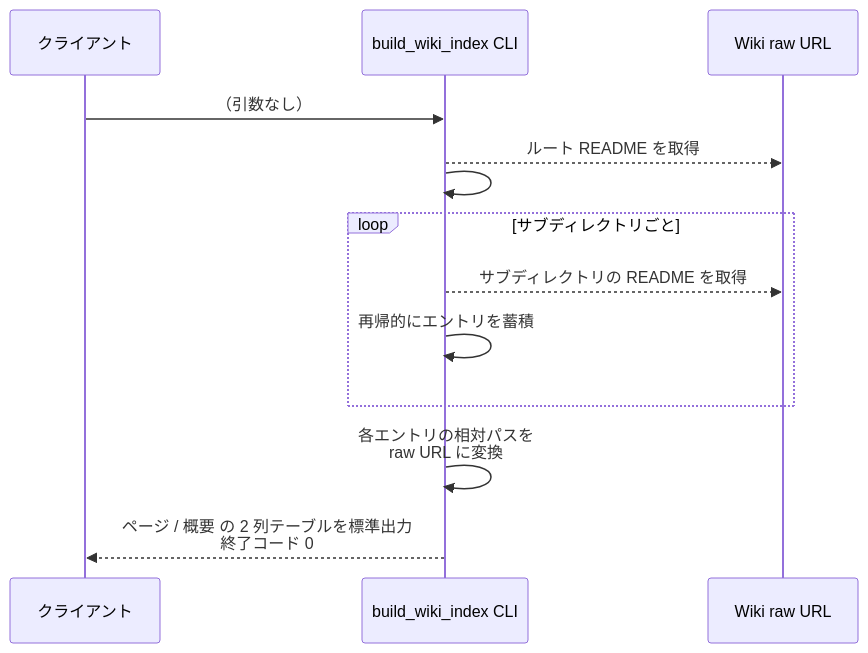
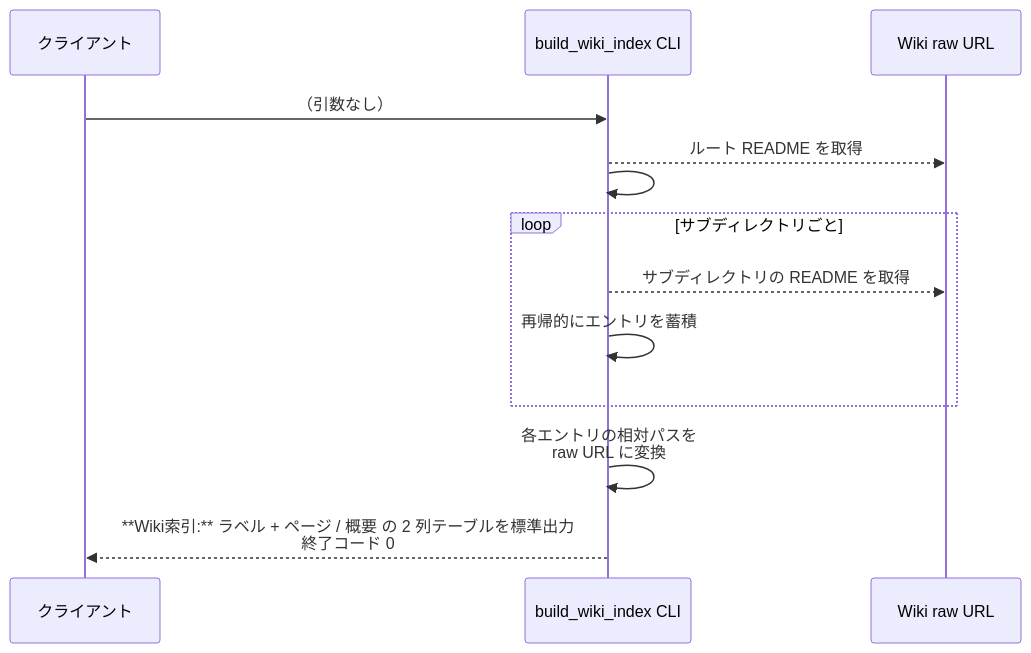
Before and after one commit to shuhei1101/ai-monitor: the first of 4 diagrams in docs/wiki/設計図/バックエンド結合/Wiki索引注入.py.md, drawn with Mermaid. The commit also changed other lines of this file and 21 other files, not shown here.

````diff
--- a/docs/wiki/設計図/バックエンド結合/Wiki索引注入.py.md
+++ b/docs/wiki/設計図/バックエンド結合/Wiki索引注入.py.md
@@ -82,16 +84,16 @@
 ```mermaid
 sequenceDiagram
   participant C as クライアント
   participant IF as build_wiki_index CLI
   participant GH as Wiki raw URL
 
   C->>IF: （引数なし）
   IF-->>GH: ルート README を取得
   IF->>IF: ## 目次 表からエントリと<br>サブディレクトリを抽出
   loop サブディレクトリごと
     IF-->>GH: サブディレクトリの README を取得
     IF->>IF: 再帰的にエントリを蓄積
   end
   IF->>IF: 各エントリの相対パスを<br>raw URL に変換
-  IF-->>C: ページ / 概要 の 2 列テーブルを標準出力<br>終了コード 0
+  IF-->>C: **Wiki索引:** ラベル + ページ / 概要 の 2 列テーブルを標準出力<br>終了コード 0
 ```
````
